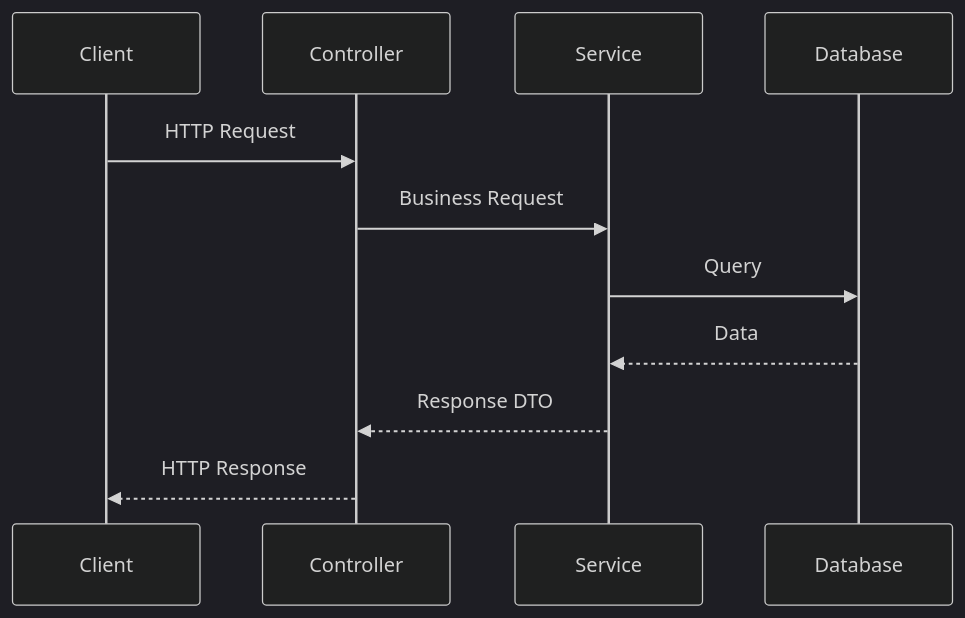
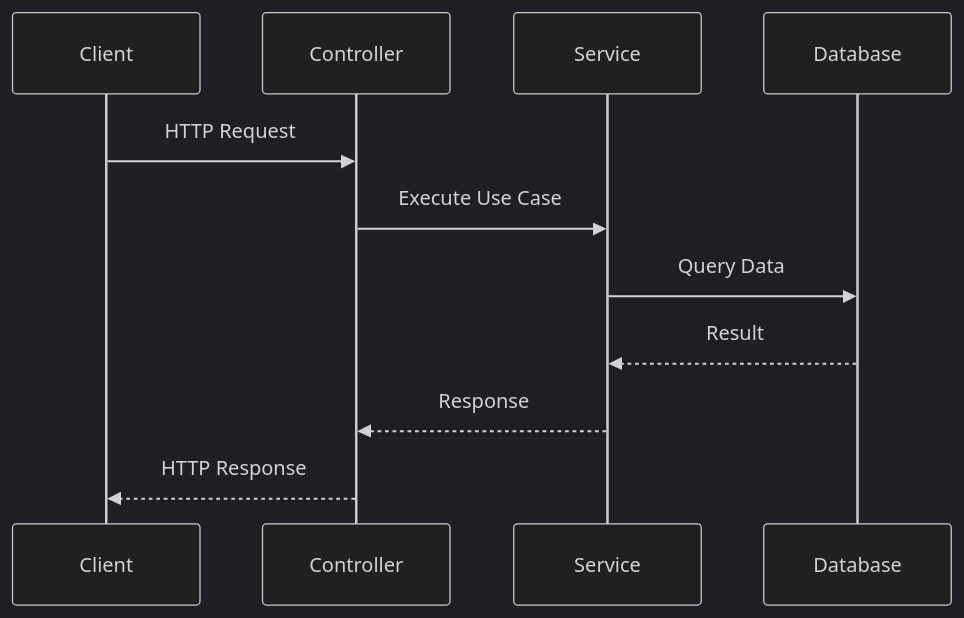
The diagram in README.md (ahmedalbanna7/FastAPI-Clean-Architecture-Template), drawn with Mermaid (dark theme) before and after one commit. The commit also changed other lines of this file, not shown here.

````diff
--- a/README.md
+++ b/README.md
@@ -58,15 +181,10 @@
 ```mermaid
 sequenceDiagram
 
-    participant Client
-    participant Controller
-    participant Service
-    participant Database
-
-    Client->>Controller: HTTP Request
-    Controller->>Service: Business Request
-    Service->>Database: Query
-    Database-->>Service: Data
-    Service-->>Controller: Response DTO
-    Controller-->>Client: HTTP Response
+Client->>Controller: HTTP Request
+Controller->>Service: Execute Use Case
+Service->>Database: Query Data
+Database-->>Service: Result
+Service-->>Controller: Response
+Controller-->>Client: HTTP Response
 ```
````
